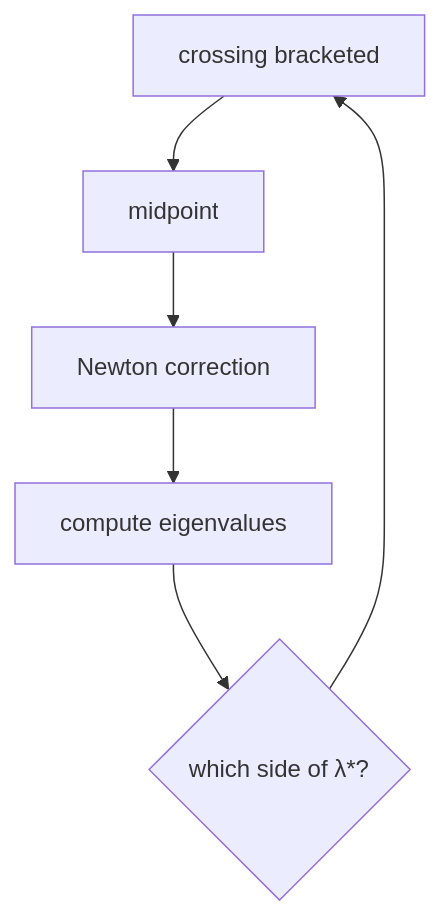
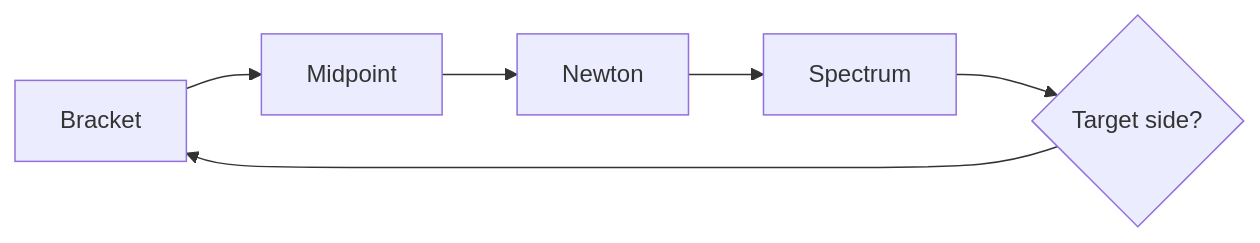
One commit to viktoriia-competitive/bifurcation-continuation-solver changed the second of 3 diagrams in README.md. Above: the diagram before and after it, drawn with Mermaid. The commit also changed other lines of this file, not shown here.

````diff
--- a/README.md
+++ b/README.md
@@ -157,8 +136,8 @@
 ```mermaid
-flowchart TD
-    A["crossing bracketed"] --> B["midpoint"]
-    B --> C["Newton correction"]
-    C --> D["compute eigenvalues"]
-    D --> E{"which side of λ*?"}
+flowchart LR
+    A["Bracket"] --> B["Midpoint"]
+    B --> C["Newton"]
+    C --> D["Spectrum"]
+    D --> E{"Target side?"}
     E --> A
 ```
````
